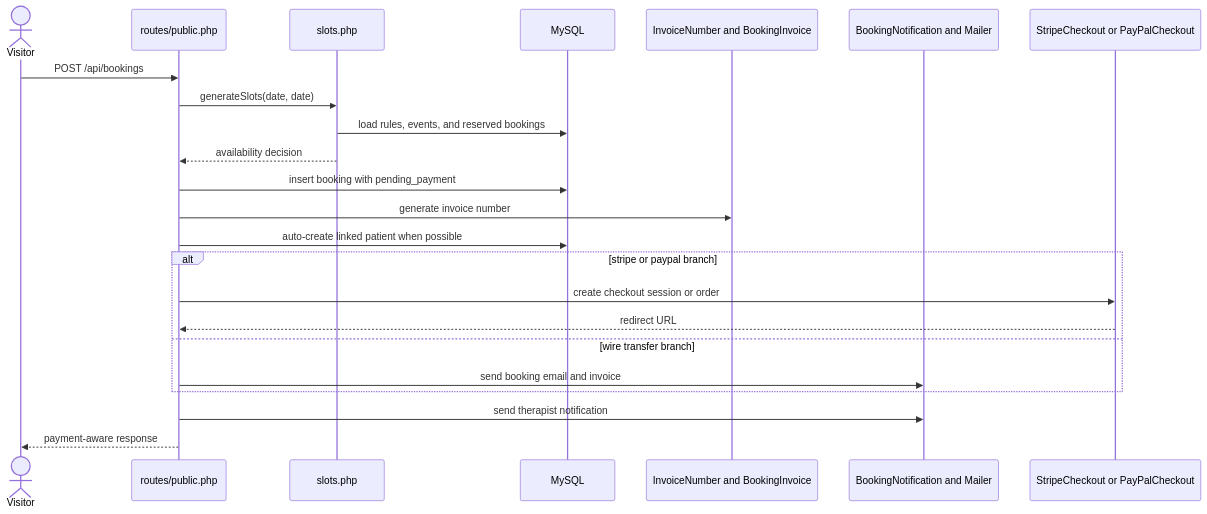
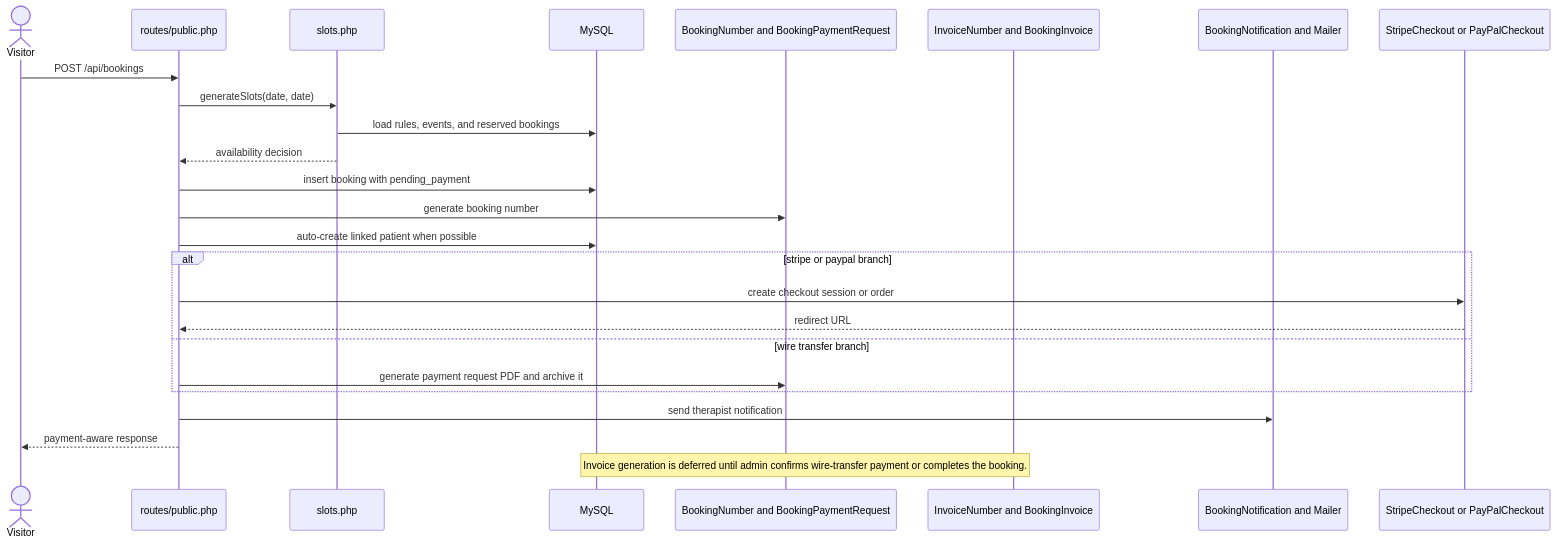
One commit to hurrtz/mut-taucher changed the second of 3 diagrams in api/DESIGN.md. Above: the diagram before and after it, drawn with Mermaid. The commit also changed other lines of this file and 25 other files, not shown here.

Commit message:
feat: defer intro-call invoices until payment confirmation

````diff
--- a/api/DESIGN.md
+++ b/api/DESIGN.md
@@ -21,28 +21,31 @@
 ```mermaid
 sequenceDiagram
   actor Visitor
   participant Public as routes/public.php
   participant Slots as slots.php
   participant DB as MySQL
+  participant BookingDocs as BookingNumber and BookingPaymentRequest
   participant Invoice as InvoiceNumber and BookingInvoice
   participant Notify as BookingNotification and Mailer
   participant Payments as StripeCheckout or PayPalCheckout
 
   Visitor->>Public: POST /api/bookings
   Public->>Slots: generateSlots(date, date)
   Slots->>DB: load rules, events, and reserved bookings
   Slots-->>Public: availability decision
   Public->>DB: insert booking with pending_payment
-  Public->>Invoice: generate invoice number
+  Public->>BookingDocs: generate booking number
   Public->>DB: auto-create linked patient when possible
 
   alt stripe or paypal branch
     Public->>Payments: create checkout session or order
     Payments-->>Public: redirect URL
   else wire transfer branch
-    Public->>Notify: send booking email and invoice
+    Public->>BookingDocs: generate payment request PDF and archive it
   end
 
   Public->>Notify: send therapist notification
   Public-->>Visitor: payment-aware response
+
+  Note over Invoice,DB: Invoice generation is deferred until admin confirms wire-transfer payment or completes the booking.
 ```
````
